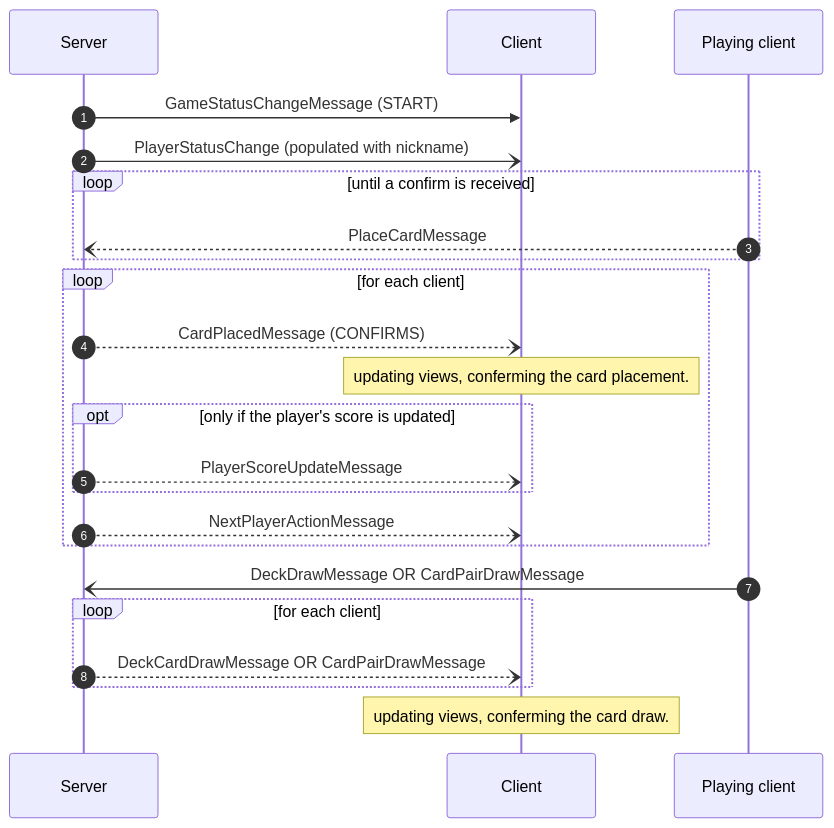
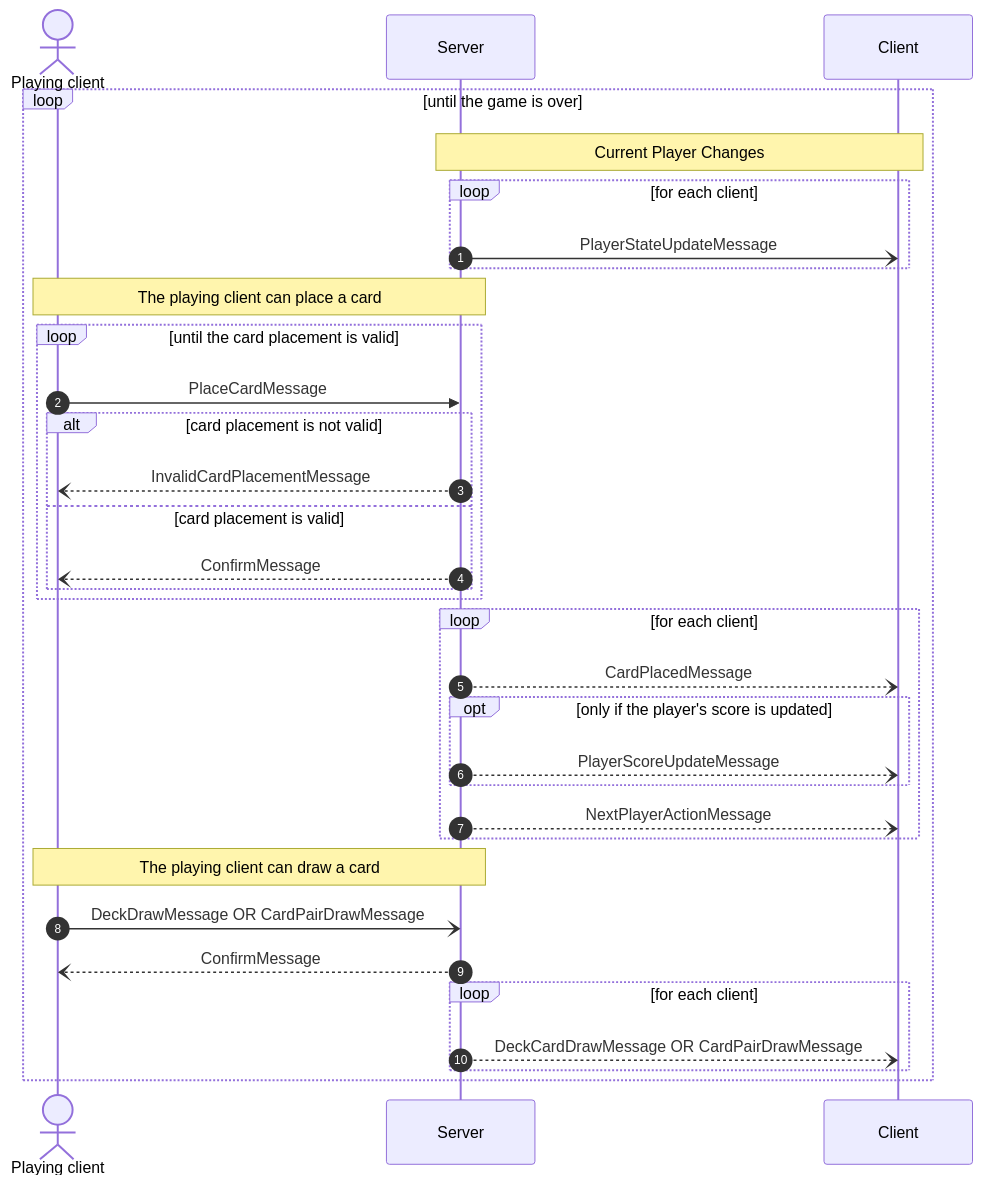
Before and after one commit to frephs/IS24-AM21: the fourth of 6 diagrams in documentation_wip/network_protocol.md, drawn with Mermaid. The commit also changed other lines of this file, not shown here.

````diff
--- a/documentation_wip/network_protocol.md
+++ b/documentation_wip/network_protocol.md
@@ -140,31 +140,44 @@
 ```mermaid
 sequenceDiagram
-    # Game Start
-    autonumber
-    Server ->> Client : GameStatusChangeMessage (START)
+    Actor Playing client
+    loop until the game is over
+    # New turn 
+    Note over Server,Client:Current Player Changes
+    loop for each client
+        autonumber
+        Server -) Client : PlayerStateUpdateMessage 
+    end
     
-    Server -) Client : PlayerStatusChange (populated with nickname)
-    
-    loop until a confirm is received 
-        Playing client --) Server : PlaceCardMessage
+    #Place card  
+    Note over Playing client,Server: The playing client can place a card  
+    loop until the card placement is valid
+        Playing client ->> Server : PlaceCardMessage
+        alt card placement is not valid
+            Server --) Playing client : InvalidCardPlacementMessage
+        else card placement is valid
+            Server --) Playing client : ConfirmMessage
+    end
     end
     loop for each client
-        Server --) Client : CardPlacedMessage (CONFIRMS)
-    Note over Client: updating views,  conferming the card placement.
+        Server --) Client : CardPlacedMessage 
+
+
     opt only if the player's score is updated
     Server --) Client : PlayerScoreUpdateMessage
     end
     Server --) Client : NextPlayerActionMessage
     end 
     
 
+    Note over Playing client,Server: The playing client can draw a card
+    ## Draw card 
     Playing client -) Server : DeckDrawMessage OR CardPairDrawMessage
+    Server --) Playing client : ConfirmMessage
     loop for each client
     Server --) Client : DeckCardDrawMessage OR CardPairDrawMessage
     end 
-    Note over Client: updating views,  conferming the card draw.
-
+    end
 
 
 
 ```
````
